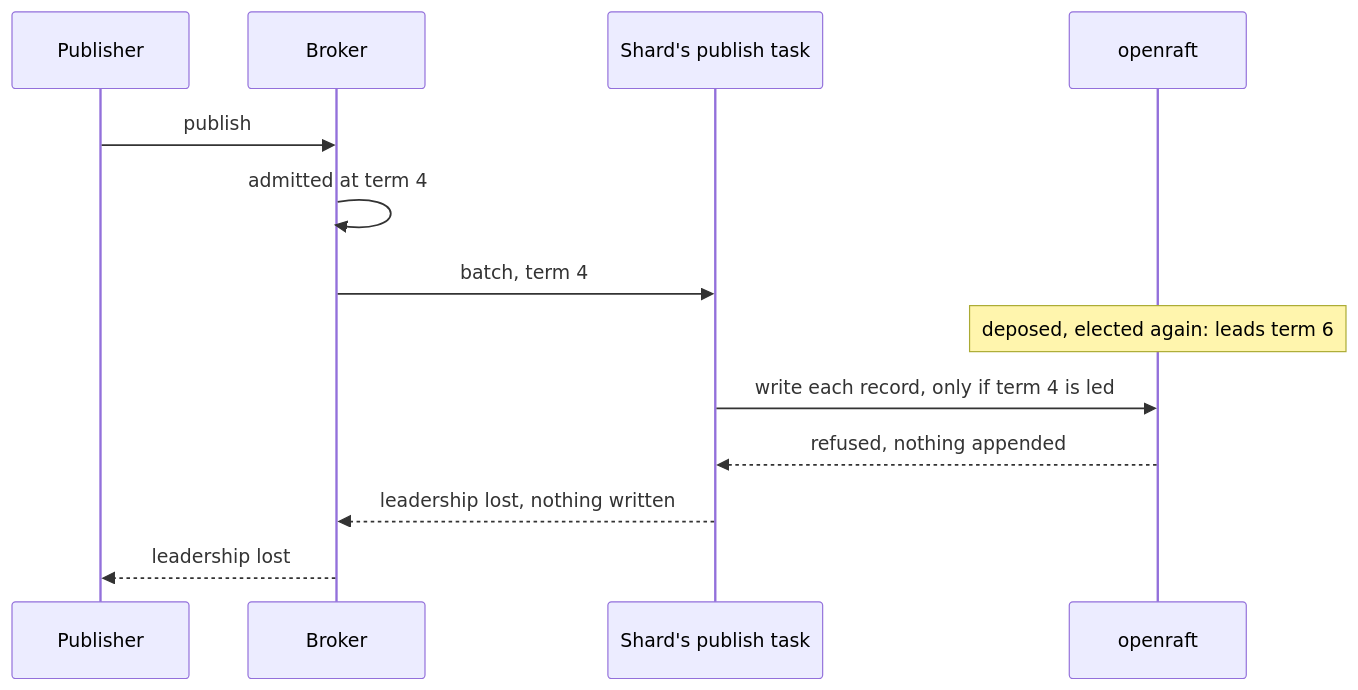
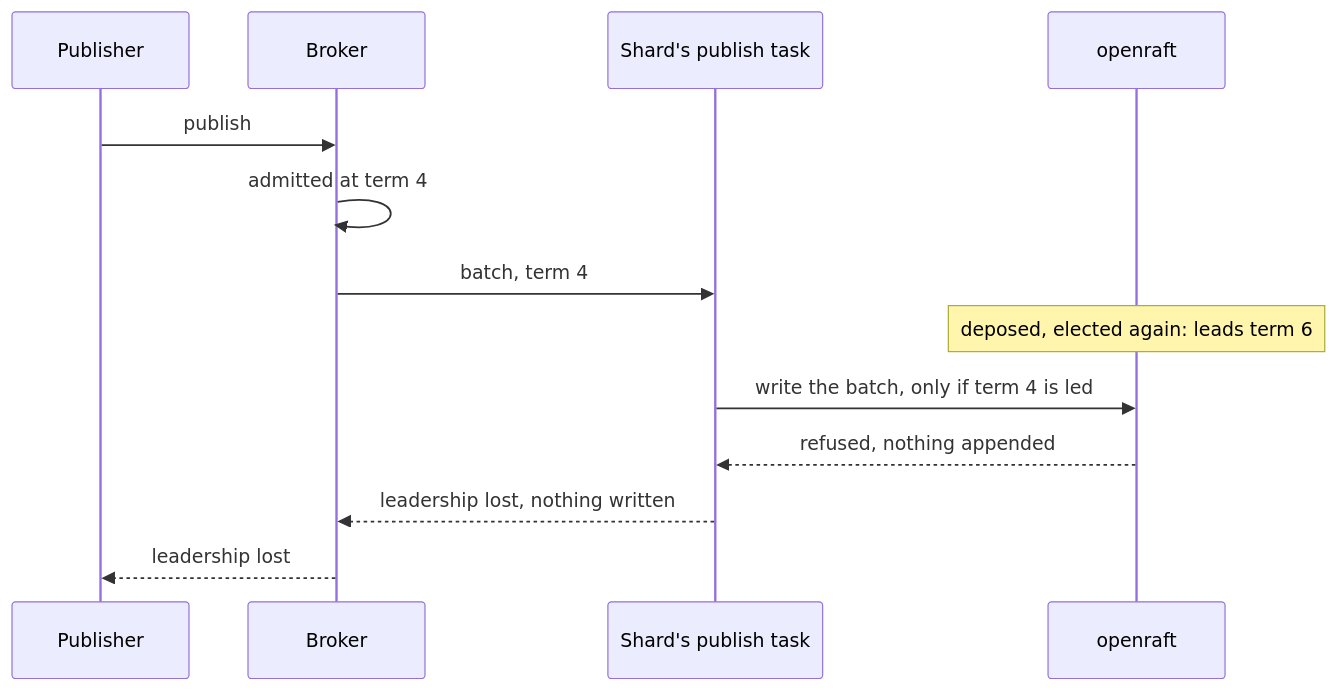
One commit to GetFelix/felix changed the second of 11 diagrams in docs/per-shard-raft.md. Above: the diagram before and after it, drawn with Mermaid. The commit also changed other lines of this file and 5 other files, not shown here.

First line of the commit message:
perf(raft): one openraft batch write per publish drain

````diff
--- a/docs/per-shard-raft.md
+++ b/docs/per-shard-raft.md
@@ -1107,15 +1108,15 @@
 ```mermaid
 sequenceDiagram
     participant P as Publisher
     participant B as Broker
     participant Q as Shard's publish task
     participant R as openraft
     P->>B: publish
     B->>B: admitted at term 4
     B->>Q: batch, term 4
     Note over R: deposed, elected again: leads term 6
-    Q->>R: write each record, only if term 4 is led
+    Q->>R: write the batch, only if term 4 is led
     R-->>Q: refused, nothing appended
     Q-->>B: leadership lost, nothing written
     B-->>P: leadership lost
 ```
````
